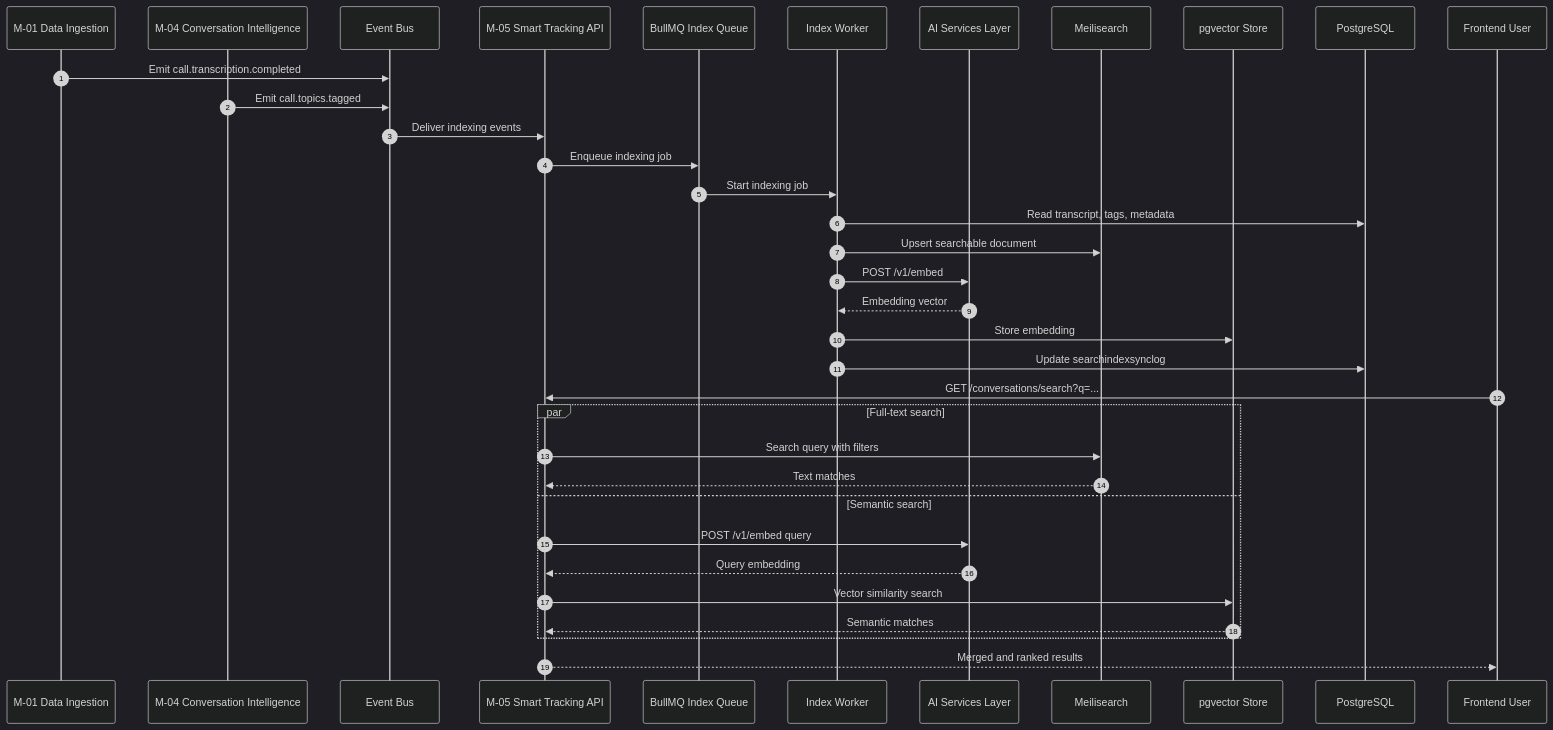
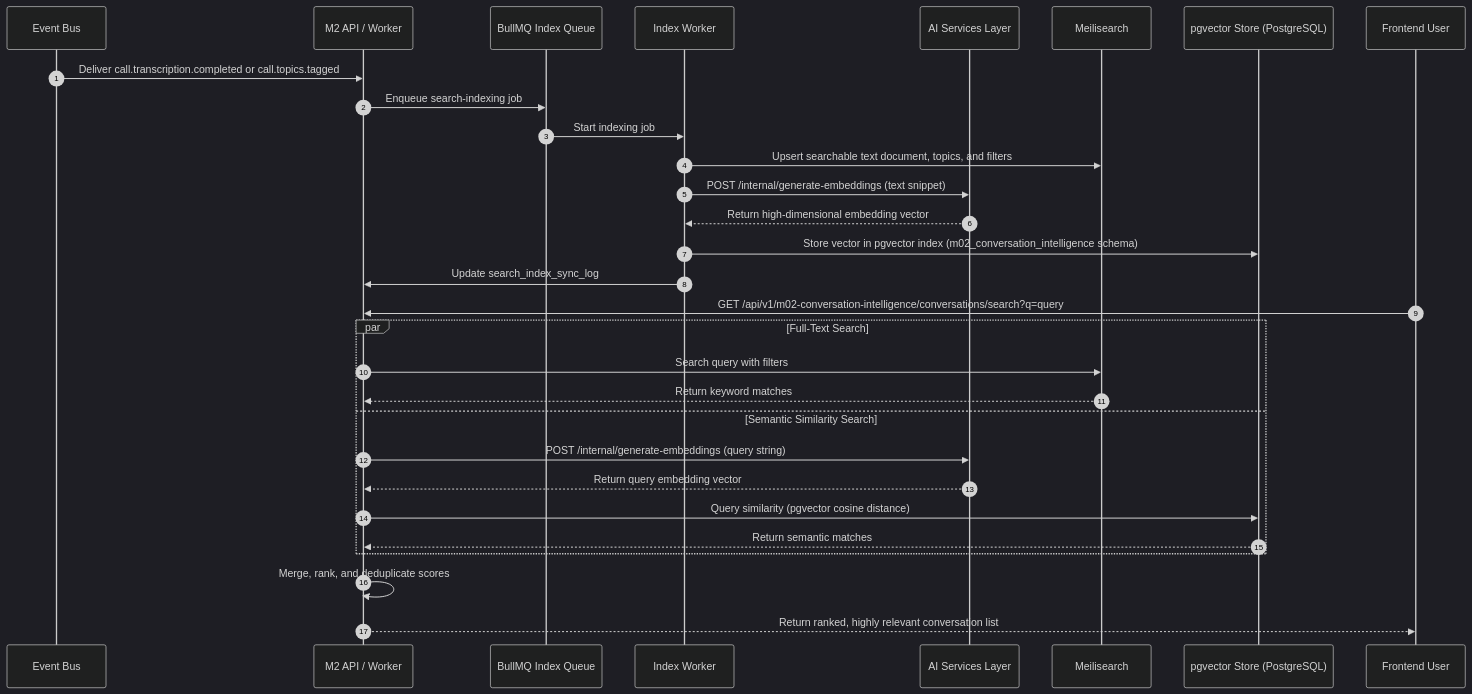
The fifth of 6 diagrams in Reference documents/M2 Conversation Intelligence/Sequence Diagrams for M2.md (PoojaTiwari09/FB-and-RP-Fixes), drawn with Mermaid (dark theme) before and after one commit. The commit also changed other lines of this file and 79 other files, not shown here.

````diff
--- a/Reference documents/M2 Conversation Intelligence/Sequence Diagrams for M2.md
+++ b/Reference documents/M2 Conversation Intelligence/Sequence Diagrams for M2.md
@@ -433,40 +213,35 @@
 ```mermaid
 sequenceDiagram
     autonumber
-    participant M01 as M-01 Data Ingestion
-    participant M04 as M-04 Conversation Intelligence
     participant EVT as Event Bus
-    participant M05 as M-05 Smart Tracking API
+    participant M2 as M2 API / Worker
     participant Q as BullMQ Index Queue
     participant W as Index Worker
     participant AI as AI Services Layer
     participant MS as Meilisearch
-    participant VDB as pgvector Store
-    participant DB as PostgreSQL
+    participant VDB as pgvector Store (PostgreSQL)
     participant FE as Frontend User
 
-    M01->>EVT: Emit call.transcription.completed
-    M04->>EVT: Emit call.topics.tagged
-    EVT->>M05: Deliver indexing events
-    M05->>Q: Enqueue indexing job
+    EVT->>M2: Deliver call.transcription.completed or call.topics.tagged
+    M2->>Q: Enqueue search-indexing job
 
     Q->>W: Start indexing job
-    W->>DB: Read transcript, tags, metadata
-    W->>MS: Upsert searchable document
-    W->>AI: POST /v1/embed
-    AI-->>W: Embedding vector
-    W->>VDB: Store embedding
-    W->>DB: Update searchindexsynclog
+    W->>MS: Upsert searchable text document, topics, and filters
+    W->>AI: POST /internal/generate-embeddings (text snippet)
+    AI-->>W: Return high-dimensional embedding vector
+    W->>VDB: Store vector in pgvector index (m02_conversation_intelligence schema)
+    W->>M2: Update search_index_sync_log
 
-    FE->>M05: GET /conversations/search?q=...
-    par Full-text search
-        M05->>MS: Search query with filters
-        MS-->>M05: Text matches
-    and Semantic search
-        M05->>AI: POST /v1/embed query
-        AI-->>M05: Query embedding
-        M05->>VDB: Vector similarity search
-        VDB-->>M05: Semantic matches
+    FE->>M2: GET /api/v1/m02-conversation-intelligence/conversations/search?q=query
+    par Full-Text Search
+        M2->>MS: Search query with filters
+        MS-->>M2: Return keyword matches
+    and Semantic Similarity Search
+        M2->>AI: POST /internal/generate-embeddings (query string)
+        AI-->>M2: Return query embedding vector
+        M2->>VDB: Query similarity (pgvector cosine distance)
+        VDB-->>M2: Return semantic matches
     end
-    M05-->>FE: Merged and ranked results
+    M2->>M2: Merge, rank, and deduplicate scores
+    M2-->>FE: Return ranked, highly relevant conversation list
 ```
````
